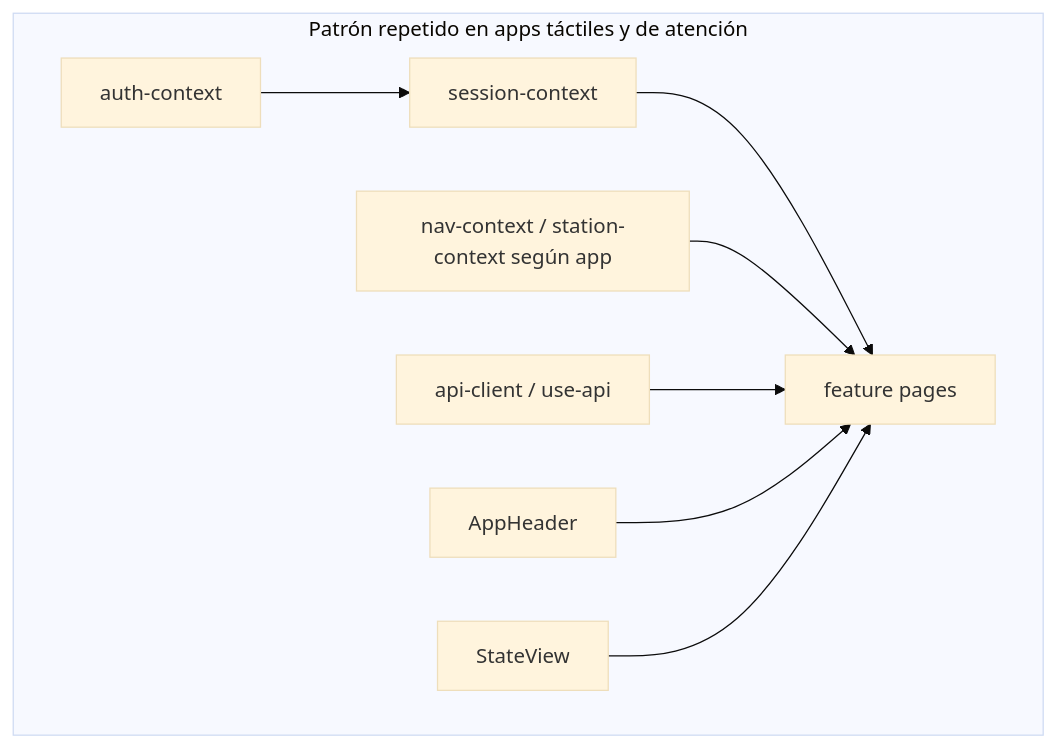
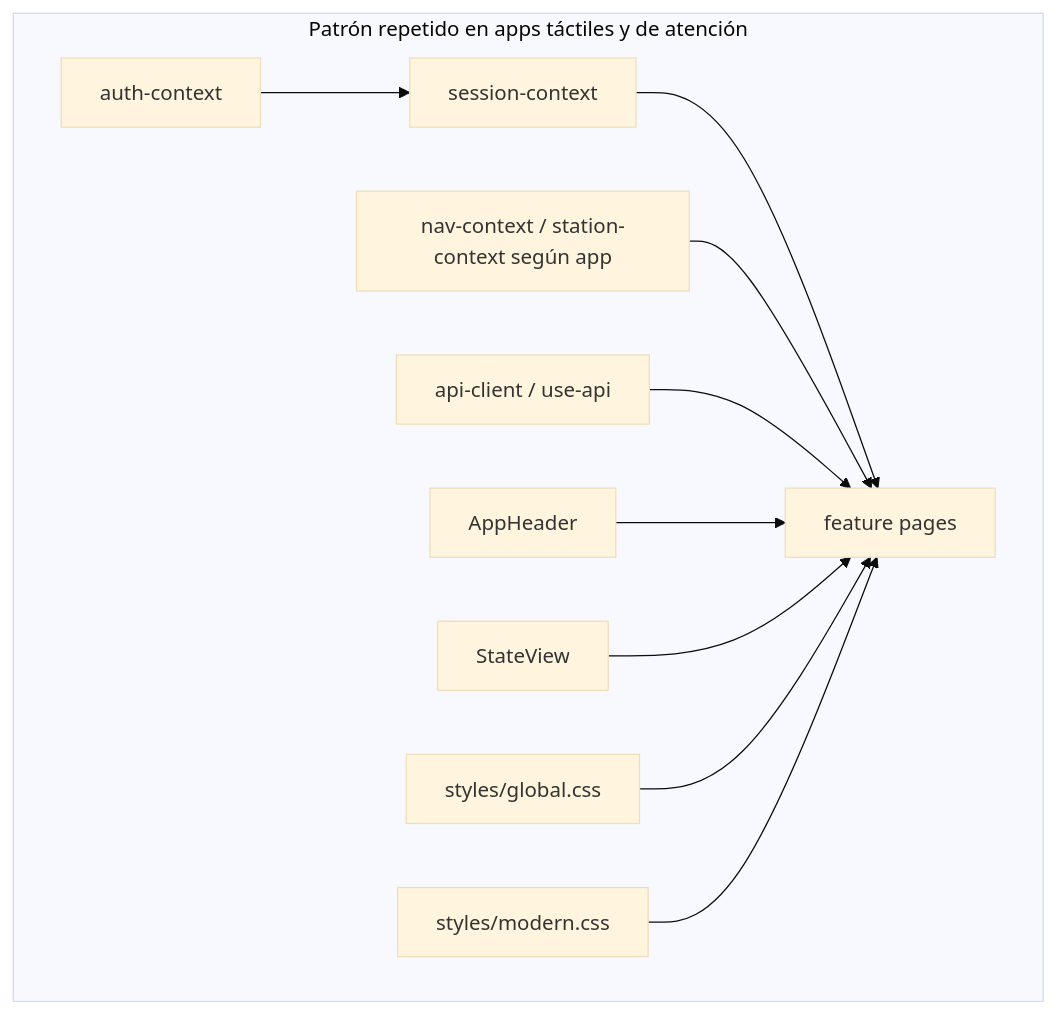
One commit to Adayala/maitre changed the sixth of 9 diagrams in docs/foundation/18-architecture-components-design-views.md. Above: the diagram before and after it, drawn with Mermaid (base theme). The commit also changed other lines of this file and 4 other files, not shown here.

Commit message:
docs(ui): align architecture with role visual systems

````diff
--- a/docs/foundation/18-architecture-components-design-views.md
+++ b/docs/foundation/18-architecture-components-design-views.md
@@ -225,19 +245,23 @@
 ```mermaid
 graph TB
     subgraph LOCAL [Patrón repetido en apps táctiles y de atención]
         AUTH_CTX["auth-context"]
         SESSION_CTX["session-context"]
         NAV_CTX["nav-context / station-context según app"]
         API_CLIENT["api-client / use-api"]
         HEADER["AppHeader"]
         STATE["StateView"]
         FEATURE["feature pages"]
+        LEGACY_CSS["styles/global.css"]
+        ROLE_CSS["styles/modern.css"]
     end
 
     AUTH_CTX --> SESSION_CTX
     SESSION_CTX --> FEATURE
     NAV_CTX --> FEATURE
     API_CLIENT --> FEATURE
     HEADER --> FEATURE
     STATE --> FEATURE
+    LEGACY_CSS --> FEATURE
+    ROLE_CSS --> FEATURE
 ```
````
